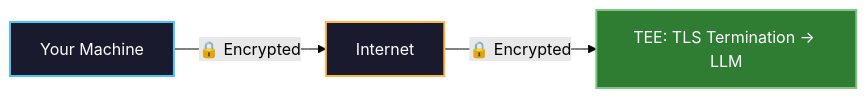
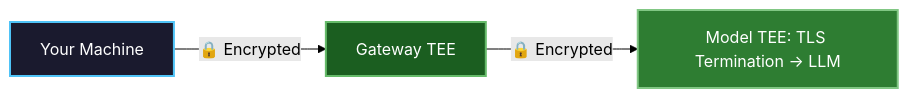
The first of 2 diagrams in docs/cloud/private-inference.mdx (nearai/docs), drawn with Mermaid (forest theme) before and after one commit. The commit also changed other lines of this file and 7 other files, not shown here.

````diff
--- a/docs/cloud/private-inference.mdx
+++ b/docs/cloud/private-inference.mdx
@@ -86,8 +90,8 @@
 ```mermaid
 flowchart LR
-    A["Your Machine"] -->|"🔒 Encrypted"| B["Internet"] -->|"🔒 Encrypted"| C["TEE: TLS Termination → LLM"]
+    A["Your Machine"] -->|"🔒 Encrypted"| B["Gateway TEE"] -->|"🔒 Encrypted"| C["Model TEE: TLS Termination → LLM"]
 
     style A fill:#1a1a2e,stroke:#4fc3f7,stroke-width:2px,color:#fff
-    style B fill:#1a1a2e,stroke:#ffb74d,stroke-width:2px,color:#fff
+    style B fill:#1b5e20,stroke:#66bb6a,stroke-width:2px,color:#fff
     style C fill:#2e7d32,stroke:#81c784,stroke-width:2px,color:#fff
 ```
````
